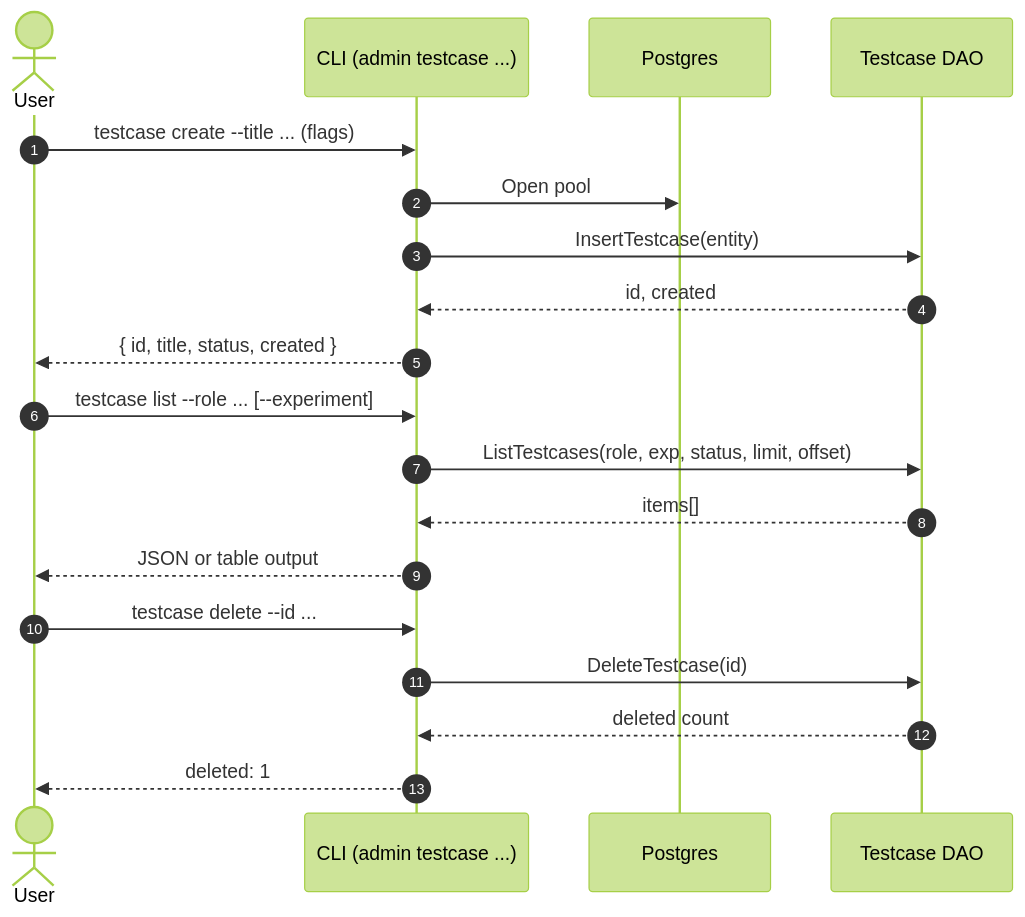
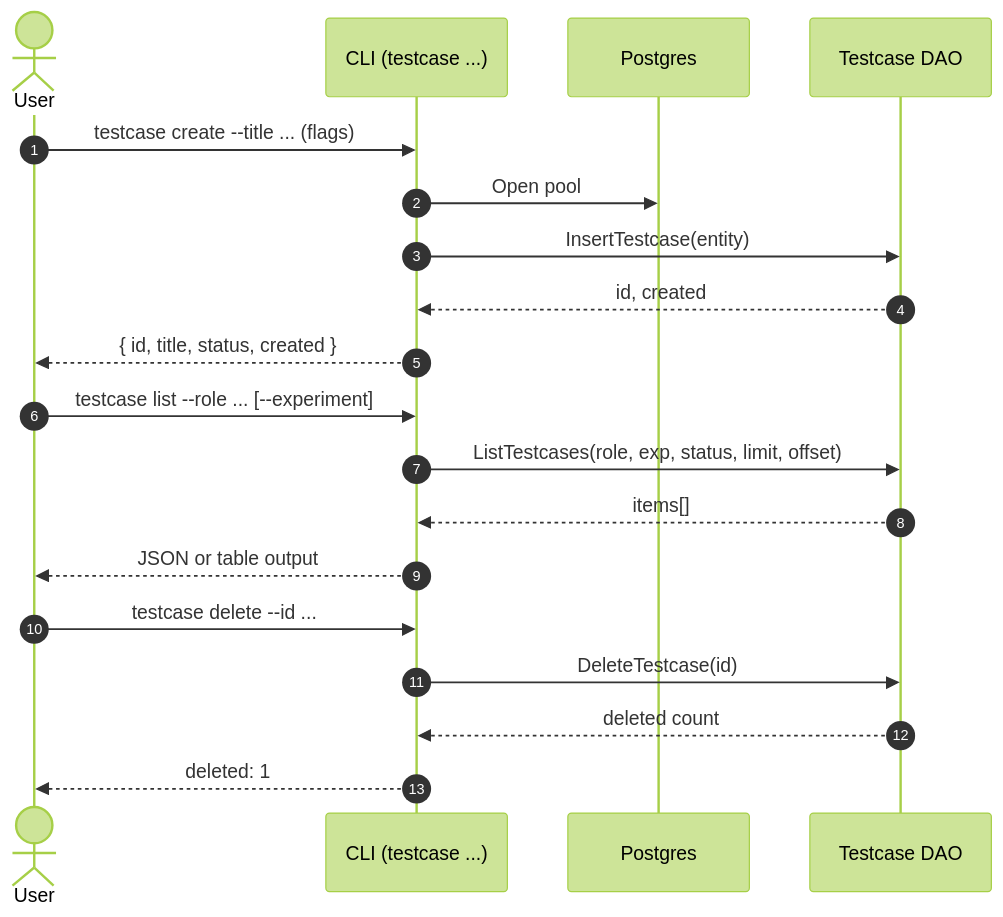
The first of 2 diagrams in TESTCASE_SEQ_FLOW.md (flarebyte/baldrick-rebec), drawn with Mermaid (forest theme) before and after one commit. The commit also changed other lines of this file and 173 other files, not shown here.

````diff
--- a/TESTCASE_SEQ_FLOW.md
+++ b/TESTCASE_SEQ_FLOW.md
@@ -88,24 +88,24 @@
 ```mermaid
 sequenceDiagram
   autonumber
   actor User
-  participant CLI as CLI (admin testcase ...)
+  participant CLI as CLI (testcase ...)
   participant DB as Postgres
   participant DAO as Testcase DAO
 
   User->>CLI: testcase create --title ... (flags)
   CLI->>DB: Open pool
   CLI->>DAO: InsertTestcase(entity)
   DAO-->>CLI: id, created
   CLI-->>User: { id, title, status, created }
 
   User->>CLI: testcase list --role ... [--experiment]
   CLI->>DAO: ListTestcases(role, exp, status, limit, offset)
   DAO-->>CLI: items[]
   CLI-->>User: JSON or table output
 
   User->>CLI: testcase delete --id ...
   CLI->>DAO: DeleteTestcase(id)
   DAO-->>CLI: deleted count
   CLI-->>User: deleted: 1
 ```
````
